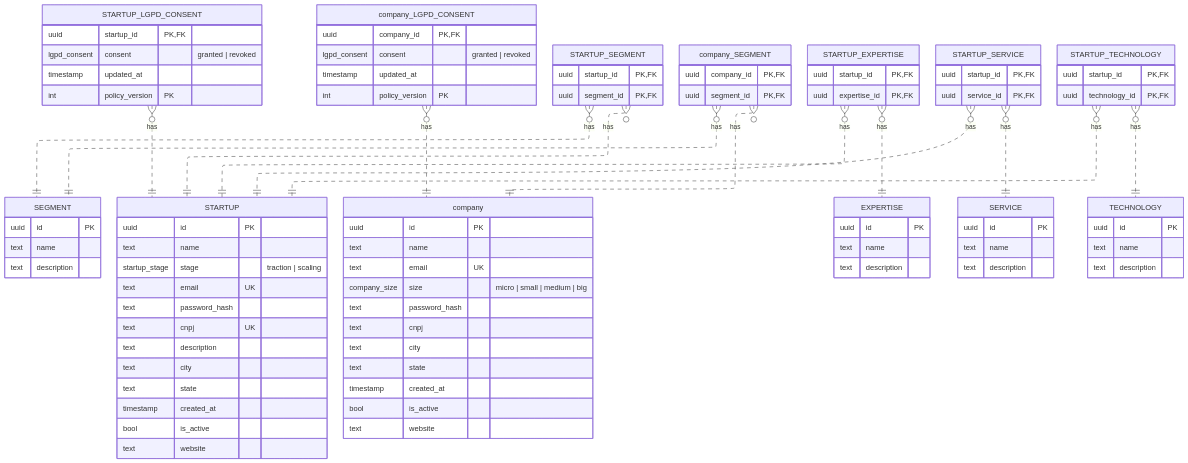
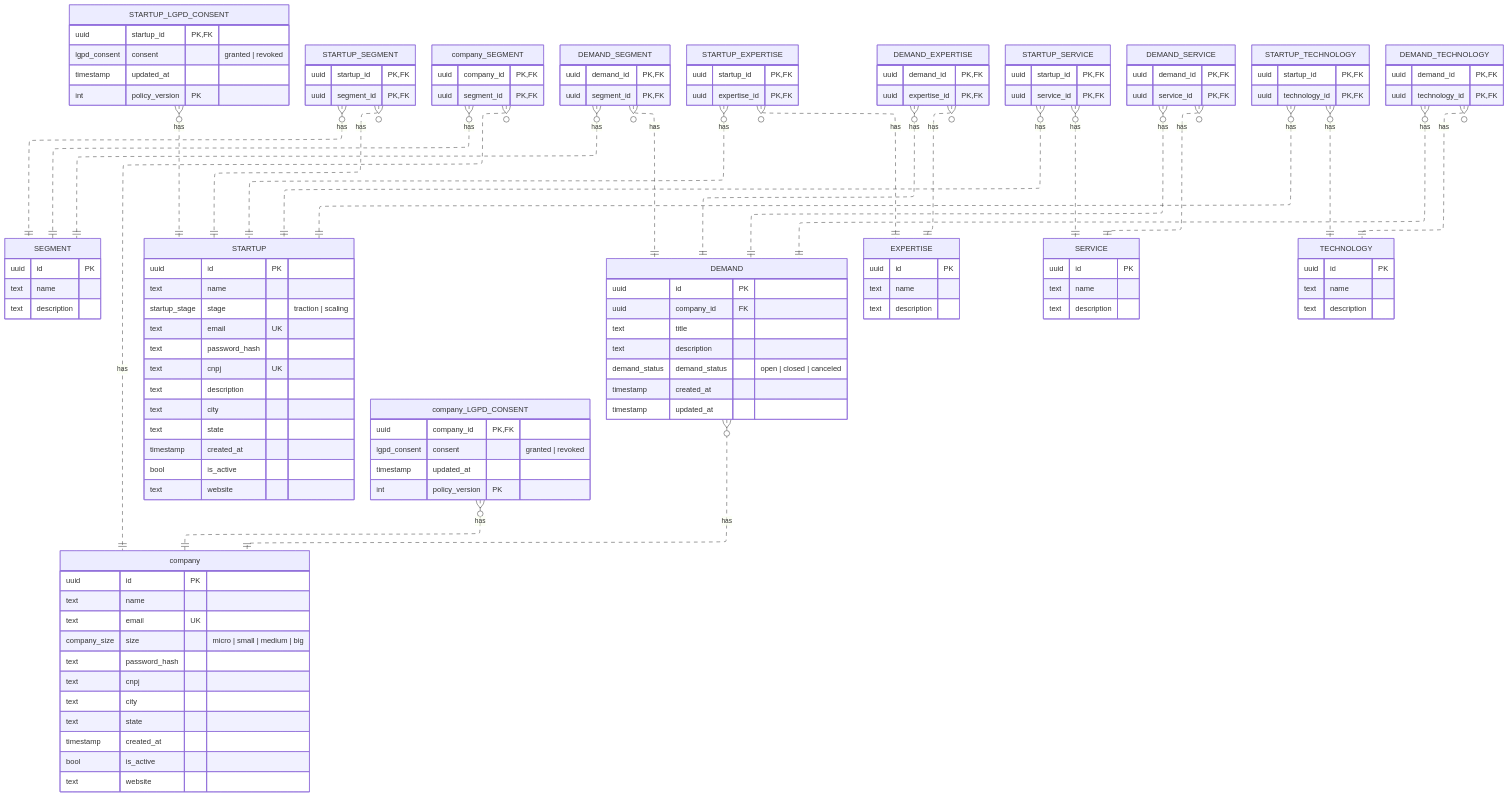
One commit to gislanysa/RecinTech changed the diagram in backend/README.md. Above: the diagram before and after it, drawn with Mermaid.

Commit message:
docs(readme): add demand table

````diff
--- a/backend/README.md
+++ b/backend/README.md
@@ -105,6 +105,24 @@
     uuid segment_id PK, FK
   }
 
+  DEMAND }o..|| company : has
+  DEMAND {
+    uuid id PK
+    uuid company_id FK
+    text title
+    text description
+    demand_status demand_status "open | closed | canceled"
+    timestamp created_at
+    timestamp updated_at
+  }
+
+  DEMAND_SEGMENT }o..|| DEMAND : has
+  DEMAND_SEGMENT }o..|| SEGMENT : has
+  DEMAND_SEGMENT {
+    uuid demand_id PK, FK
+    uuid segment_id PK, FK
+  }
+
   EXPERTISE {
     uuid id PK
     text name
@@ -115,6 +133,13 @@
   STARTUP_EXPERTISE }o..|| EXPERTISE : has
   STARTUP_EXPERTISE {
     uuid startup_id PK, FK
+    uuid expertise_id PK, FK
+  }
+
+  DEMAND_EXPERTISE }o..|| DEMAND : has
+  DEMAND_EXPERTISE }o..|| EXPERTISE : has
+  DEMAND_EXPERTISE {
+    uuid demand_id PK, FK
     uuid expertise_id PK, FK
   }
 
@@ -131,6 +156,13 @@
     uuid service_id PK, FK
   }
 
+  DEMAND_SERVICE }o..|| DEMAND : has
+  DEMAND_SERVICE }o..|| SERVICE : has
+  DEMAND_SERVICE {
+    uuid demand_id PK, FK
+    uuid service_id PK, FK
+  }
+
   TECHNOLOGY {
     uuid id PK
     text name
@@ -143,4 +175,11 @@
     uuid startup_id PK, FK
     uuid technology_id PK, FK
   }
+
+  DEMAND_TECHNOLOGY }o..|| DEMAND : has
+  DEMAND_TECHNOLOGY }o..|| TECHNOLOGY : has
+  DEMAND_TECHNOLOGY {
+    uuid demand_id PK, FK
+    uuid technology_id PK, FK
+  }
 ```
````
